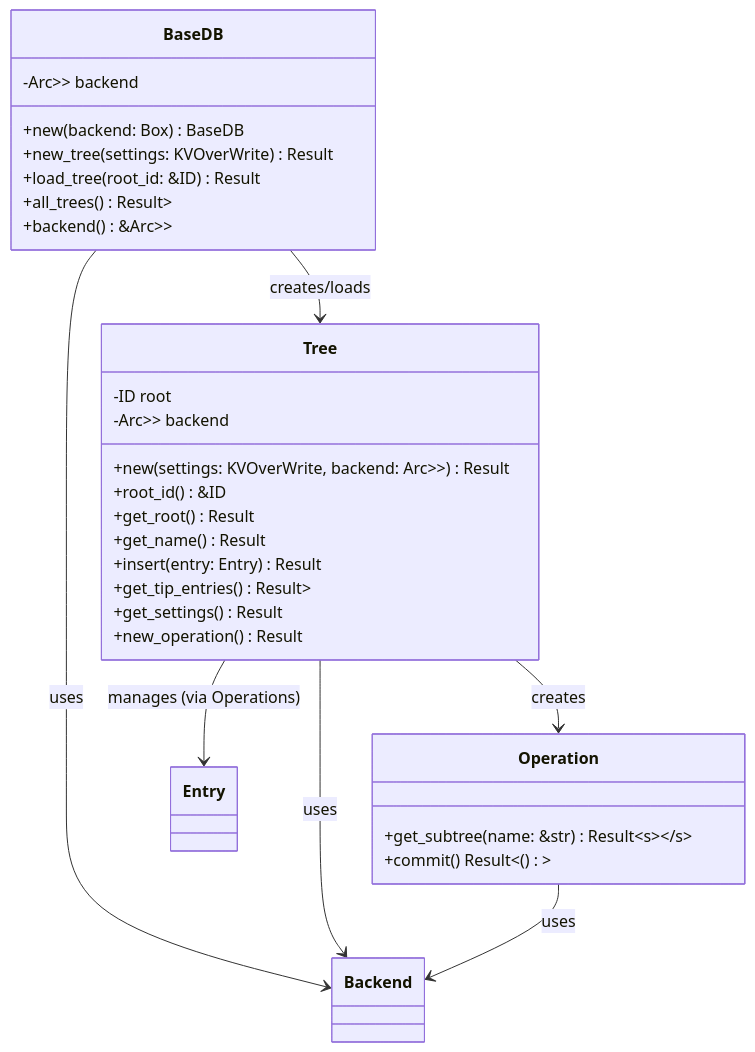
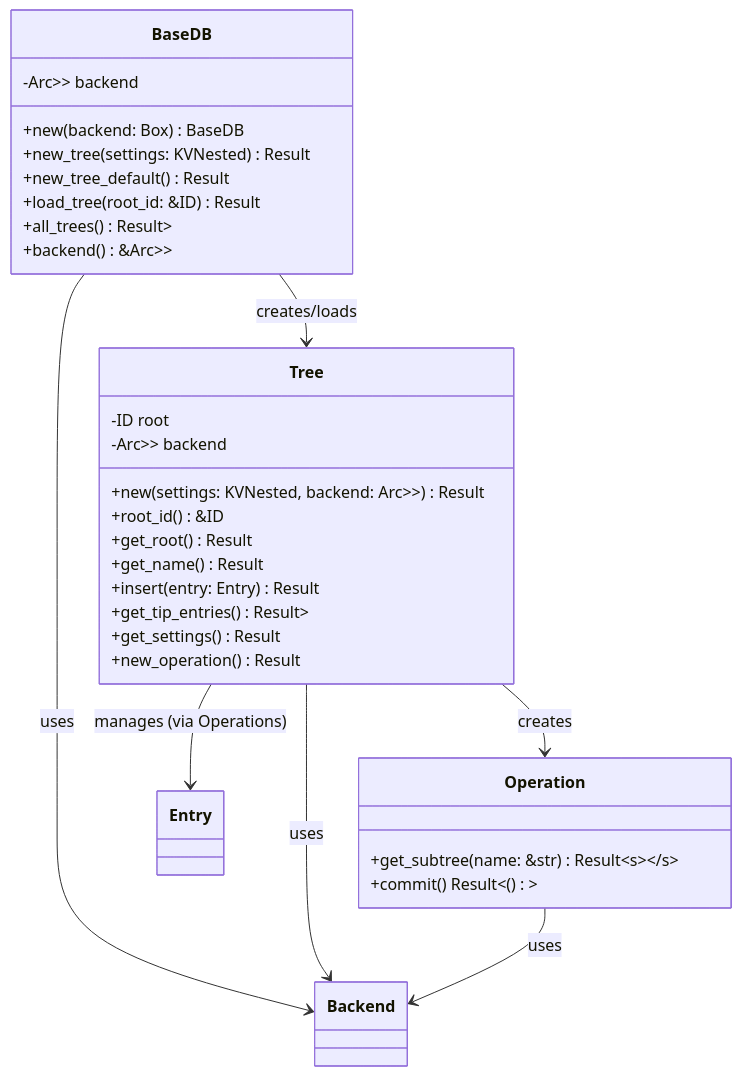
One commit to arcuru/eidetica changed the diagram in docs/src/internal/core_components/basedb_tree.md. Above: the diagram before and after it, drawn with Mermaid. The commit also changed other lines of this file and 18 other files, not shown here.

````diff
--- a/docs/src/internal/core_components/basedb_tree.md
+++ b/docs/src/internal/core_components/basedb_tree.md
@@ -5,36 +5,37 @@
 ```mermaid
 classDiagram
     class BaseDB {
         -Arc<Mutex<Box<dyn Backend>>> backend
         +new(backend: Box<dyn Backend>) BaseDB
-        +new_tree(settings: KVOverWrite) Result<Tree>
+        +new_tree(settings: KVNested) Result<Tree>
+        +new_tree_default() Result<Tree>
         +load_tree(root_id: &ID) Result<Tree>
         +all_trees() Result<Vec<Tree>>
         +backend() &Arc<Mutex<Box<dyn Backend>>>
     }
 
     class Tree {
         -ID root
         -Arc<Mutex<Box<dyn Backend>>> backend
-        +new(settings: KVOverWrite, backend: Arc<Mutex<Box<dyn Backend>>>) Result<Tree>
+        +new(settings: KVNested, backend: Arc<Mutex<Box<dyn Backend>>>) Result<Tree>
         +root_id() &ID
         +get_root() Result<Entry>
         +get_name() Result<String>
         +insert(entry: Entry) Result<ID>
         +get_tip_entries() Result<Vec<Entry>>
-        +get_settings() Result<KVOverWrite>
+        +get_settings() Result<KVNested>
         +new_operation() Result<Operation>
     }
 
     class Operation {
         +get_subtree<S: SubtreeType>(name: &str) Result<S>
         +commit() Result<()>
     }
 
     BaseDB --> Tree : creates/loads
     BaseDB --> Backend : uses
     Tree --> Backend : uses
     Tree --> Entry : manages (via Operations)
     Tree --> Operation : creates
     Operation --> Backend : uses
 ```
````
